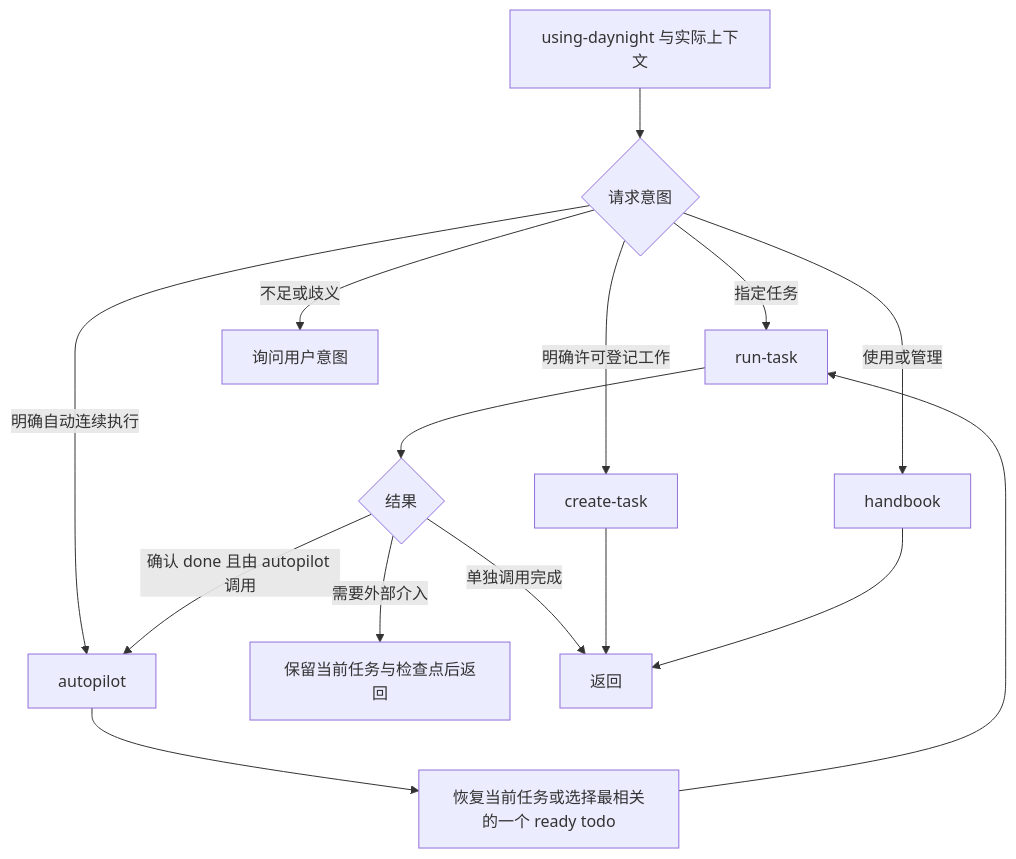
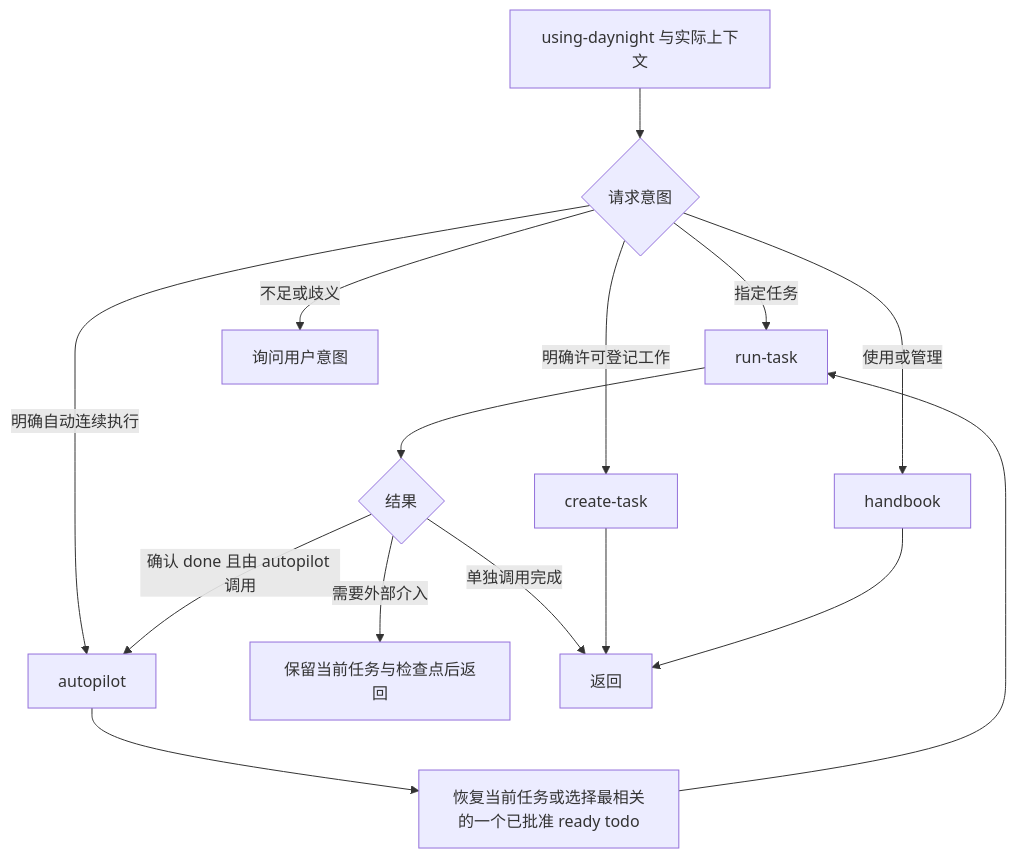
One commit to codetreker/day-night changed the diagram in docs/design/daynight-agent-skill.md. Above: the diagram before and after it, drawn with Mermaid. The commit also changed other lines of this file and 117 other files, not shown here.

````diff
--- a/docs/design/daynight-agent-skill.md
+++ b/docs/design/daynight-agent-skill.md
@@ -50,17 +50,17 @@
 ```mermaid
 flowchart TD
     A[using-daynight 与实际上下文] --> B{请求意图}
     B -->|使用或管理| H[handbook]
     B -->|明确许可登记工作| C[create-task]
     B -->|指定任务| R[run-task]
     B -->|明确自动连续执行| P[autopilot]
     B -->|不足或歧义| Q[询问用户意图]
-    P --> S[恢复当前任务或选择最相关的一个 ready todo]
+    P --> S[恢复当前任务或选择最相关的一个已批准 ready todo]
     S --> R
     R --> T{结果}
     T -->|确认 done 且由 autopilot 调用| P
     T -->|需要外部介入| W[保留当前任务与检查点后返回]
     T -->|单独调用完成| E[返回]
     C --> E
     H --> E
 ```
````
